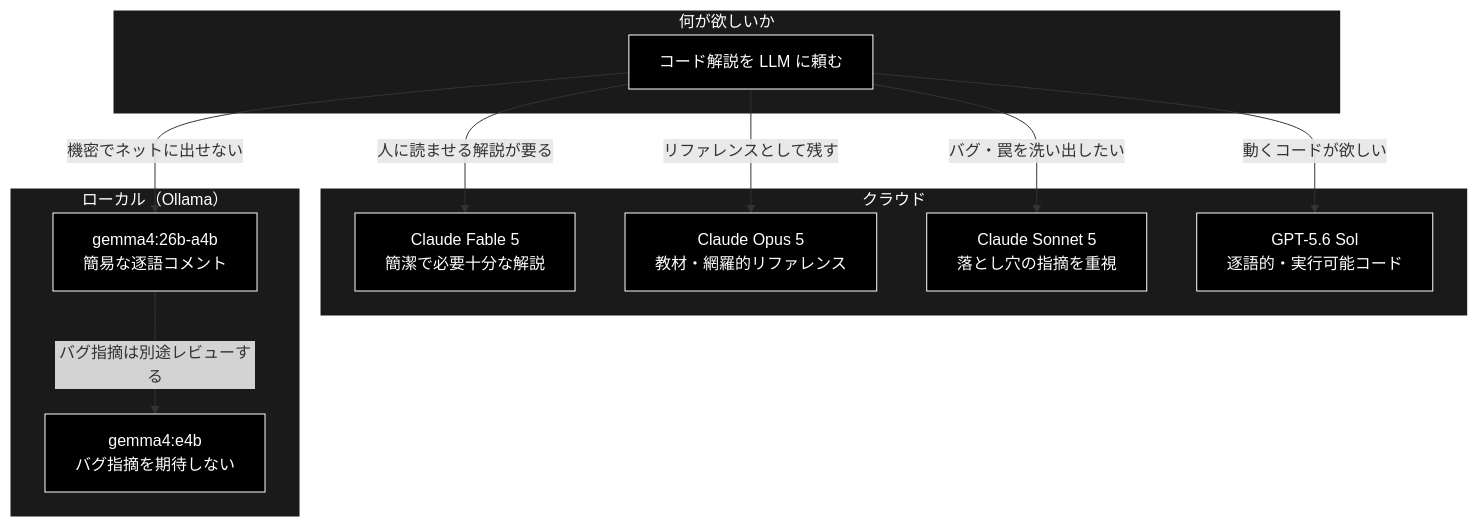
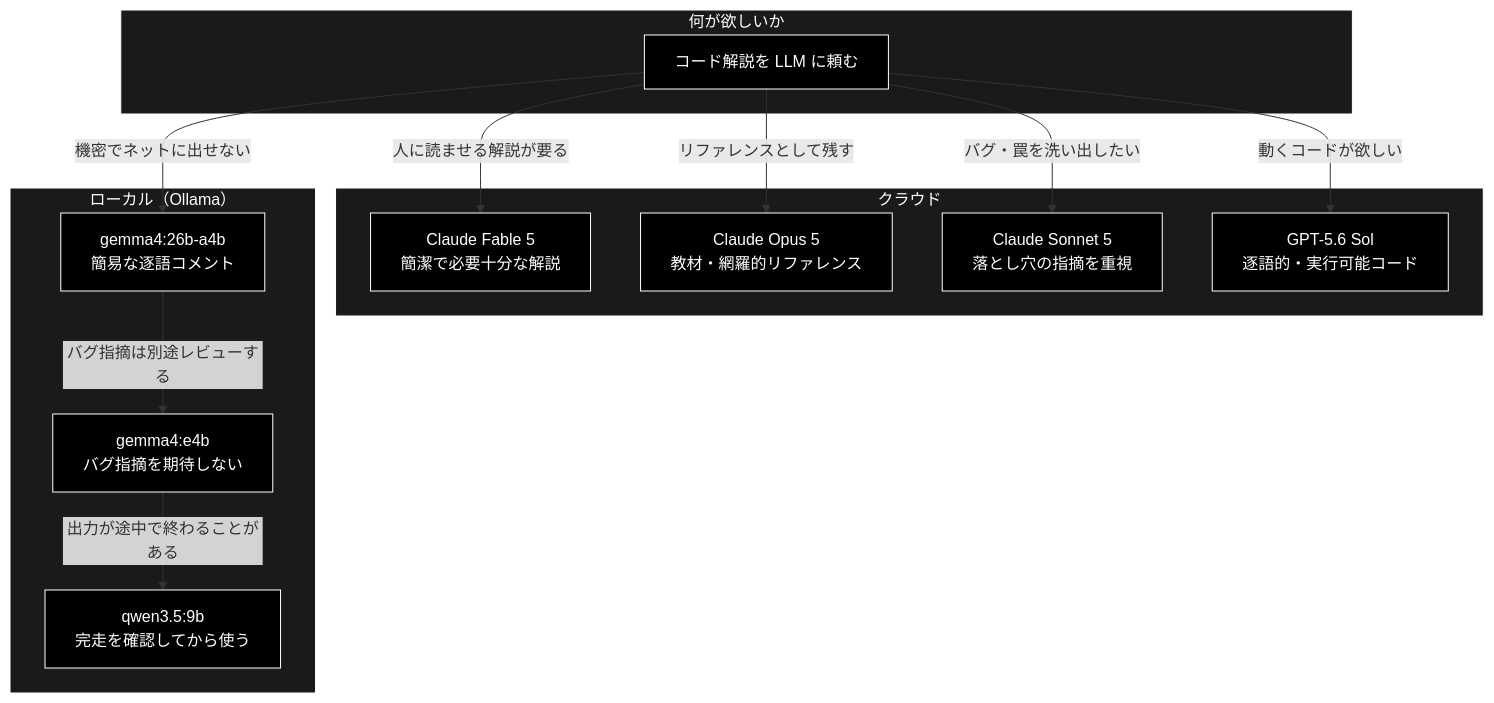
One commit to nakashima2toshio/grace_v2 changed the diagram in docs/LLM/llm_compare.md. Above: the diagram before and after it, drawn with Mermaid. The commit also changed other lines of this file, not shown here.

First line of the commit message:
docs: qwen3.5:9b の差し替えを反映して LLM 比較を改訂

````diff
--- a/docs/LLM/llm_compare.md
+++ b/docs/LLM/llm_compare.md
@@ -350,29 +400,31 @@
 ```mermaid
 flowchart TB
     subgraph Q["何が欲しいか"]
         Start["コード解説を LLM に頼む"]
     end
     subgraph Cloud["クラウド"]
         F5["Claude Fable 5<br>簡潔で必要十分な解説"]
         O5["Claude Opus 5<br>教材・網羅的リファレンス"]
         S5["Claude Sonnet 5<br>落とし穴の指摘を重視"]
         G5["GPT-5.6 Sol<br>逐語的・実行可能コード"]
     end
     subgraph Local["ローカル（Ollama）"]
         L26["gemma4:26b-a4b<br>簡易な逐語コメント"]
         NG["gemma4:e4b<br>バグ指摘を期待しない"]
+        QW["qwen3.5:9b<br>完走を確認してから使う"]
     end
 
     Start -->|"人に読ませる解説が要る"| F5
     Start -->|"リファレンスとして残す"| O5
     Start -->|"バグ・罠を洗い出したい"| S5
     Start -->|"動くコードが欲しい"| G5
     Start -->|"機密でネットに出せない"| L26
     L26 -->|"バグ指摘は別途レビューする"| NG
+    NG -->|"出力が途中で終わることがある"| QW
 classDef default fill:#000,stroke:#fff,color:#fff
 classDef subgraphStyle fill:#1a1a1a,stroke:#fff,color:#fff
-class Start,F5,O5,S5,G5,L26,NG default
+class Start,F5,O5,S5,G5,L26,NG,QW default
 style Q fill:#1a1a1a,stroke:#fff,color:#fff
 style Cloud fill:#1a1a1a,stroke:#fff,color:#fff
 style Local fill:#1a1a1a,stroke:#fff,color:#fff
 ```
````
